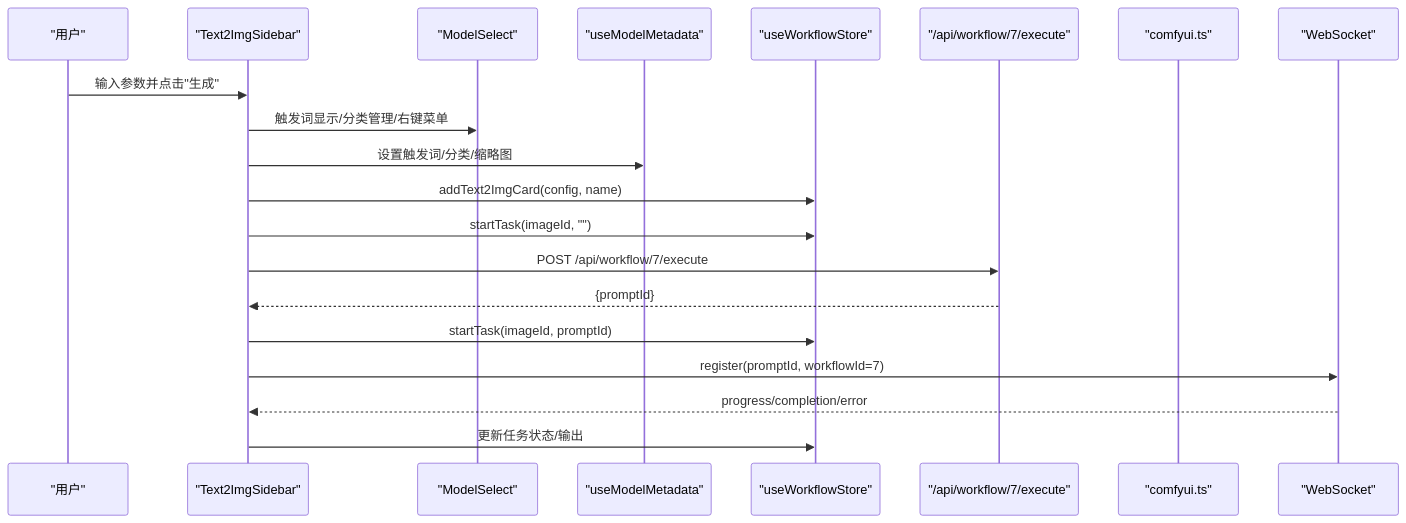
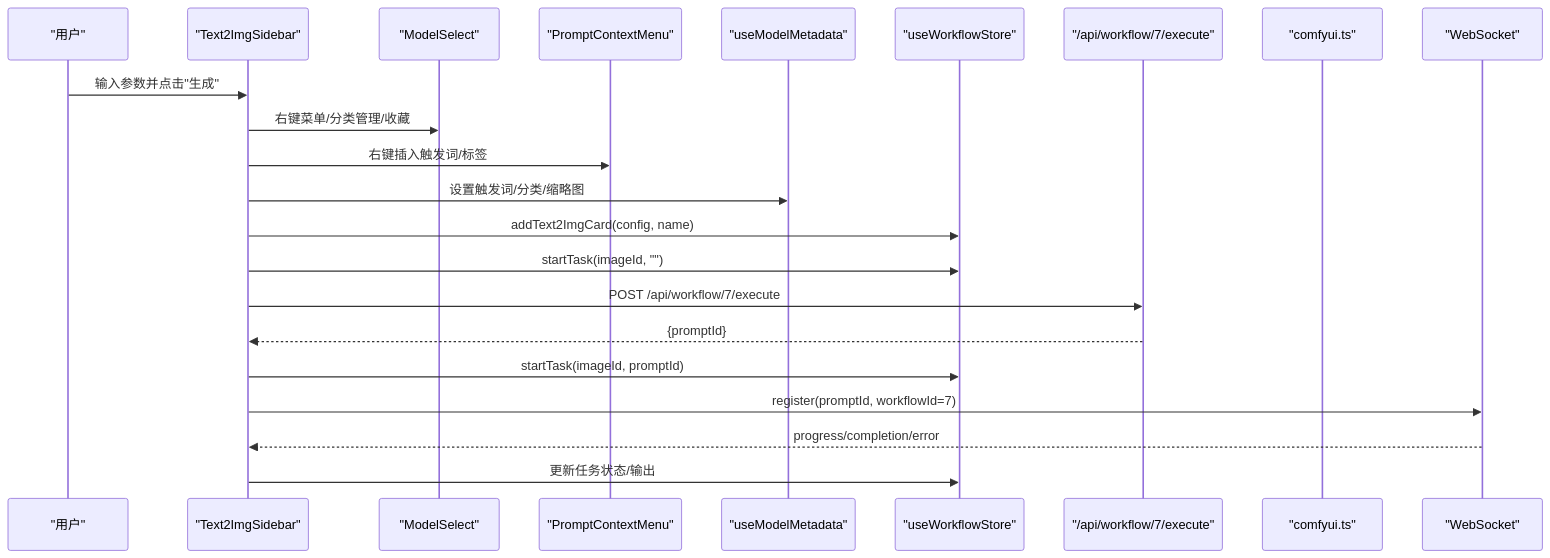
Before and after one commit to billye220670/CorineKit_Pix2Real: the second of 4 diagrams in .qoder/repowiki/zh/content/用户界面组件/控制面板组件/文本到图像侧边栏.md, drawn with Mermaid. The commit also changed other lines of this file and 4 other files, not shown here.

````diff
--- a/.qoder/repowiki/zh/content/用户界面组件/控制面板组件/文本到图像侧边栏.md
+++ b/.qoder/repowiki/zh/content/用户界面组件/控制面板组件/文本到图像侧边栏.md
@@ -131,22 +143,24 @@
 ```mermaid
 sequenceDiagram
 participant U as "用户"
 participant T2I as "Text2ImgSidebar"
 participant MS as "ModelSelect"
+participant PCM as "PromptContextMenu"
 participant Meta as "useModelMetadata"
 participant Store as "useWorkflowStore"
 participant API as "/api/workflow/7/execute"
 participant CUI as "comfyui.ts"
 participant WS as "WebSocket"
 U->>T2I : 输入参数并点击"生成"
-T2I->>MS : 触发词显示/分类管理/右键菜单
+T2I->>MS : 右键菜单/分类管理/收藏
+T2I->>PCM : 右键插入触发词/标签
 T2I->>Meta : 设置触发词/分类/缩略图
 T2I->>Store : addText2ImgCard(config, name)
 T2I->>Store : startTask(imageId, "")
 T2I->>API : POST /api/workflow/7/execute
 API-->>T2I : {promptId}
 T2I->>Store : startTask(imageId, promptId)
 T2I->>WS : register(promptId, workflowId=7)
 WS-->>T2I : progress/completion/error
 T2I->>Store : 更新任务状态/输出
 ```
````
